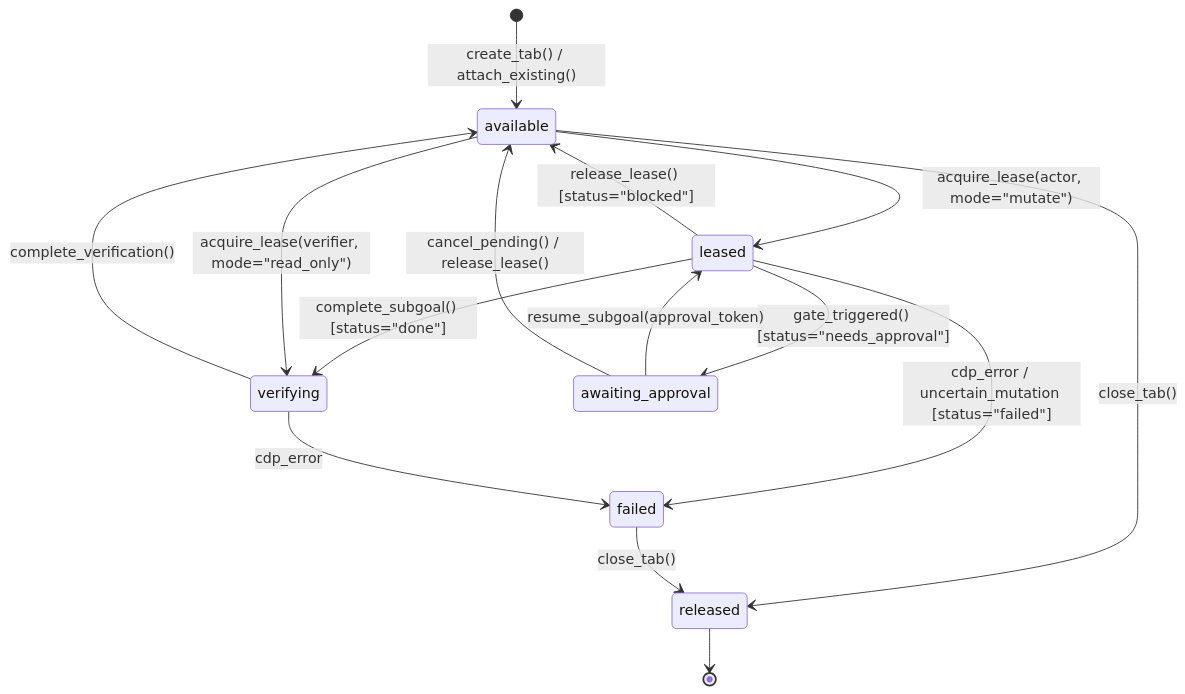
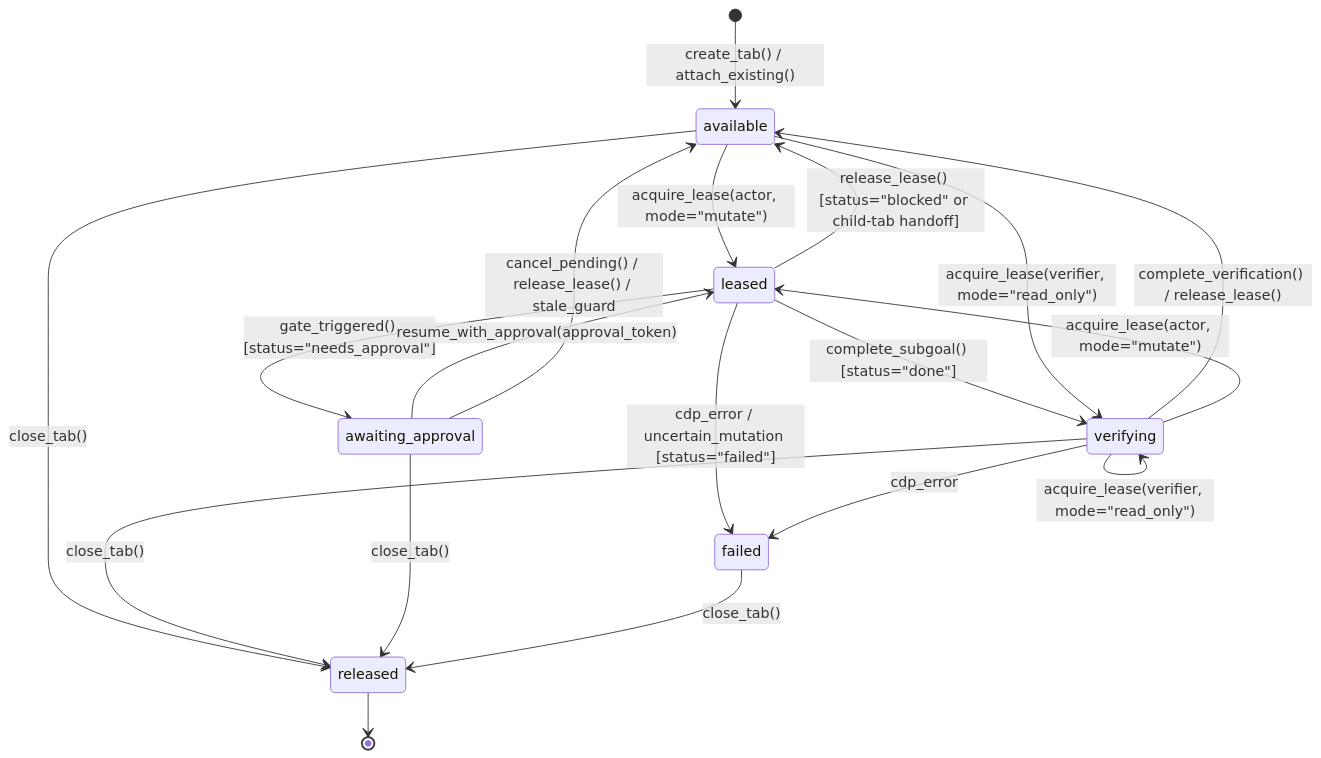
The second of 2 diagrams in docs/designs/browser-execution-subsystem.md (albe4u2u-collab/jev-ultrafast_design_approved), drawn with Mermaid before and after one commit. The commit also changed other lines of this file and 2 other files, not shown here.

````diff
--- a/docs/designs/browser-execution-subsystem.md
+++ b/docs/designs/browser-execution-subsystem.md
@@ -132,17 +132,21 @@
 ```mermaid
 stateDiagram-v2
     [*] --> available : create_tab() / attach_existing()
     available --> leased : acquire_lease(actor, mode="mutate")
-    leased --> available : release_lease() [status="blocked"]
+    leased --> available : release_lease() [status="blocked" or child-tab handoff]
     leased --> verifying : complete_subgoal() [status="done"]
     leased --> awaiting_approval : gate_triggered() [status="needs_approval"]
-    awaiting_approval --> leased : resume_subgoal(approval_token)
-    awaiting_approval --> available : cancel_pending() / release_lease()
+    awaiting_approval --> leased : resume_with_approval(approval_token)
+    awaiting_approval --> available : cancel_pending() / release_lease() / stale_guard
     available --> verifying : acquire_lease(verifier, mode="read_only")
-    verifying --> available : complete_verification()
+    verifying --> verifying : acquire_lease(verifier, mode="read_only")
+    verifying --> available : complete_verification() / release_lease()
+    verifying --> leased : acquire_lease(actor, mode="mutate")
     leased --> failed : cdp_error / uncertain_mutation [status="failed"]
     verifying --> failed : cdp_error
     available --> released : close_tab()
+    verifying --> released : close_tab()
+    awaiting_approval --> released : close_tab()
     failed --> released : close_tab()
     released --> [*]
 ```
````
